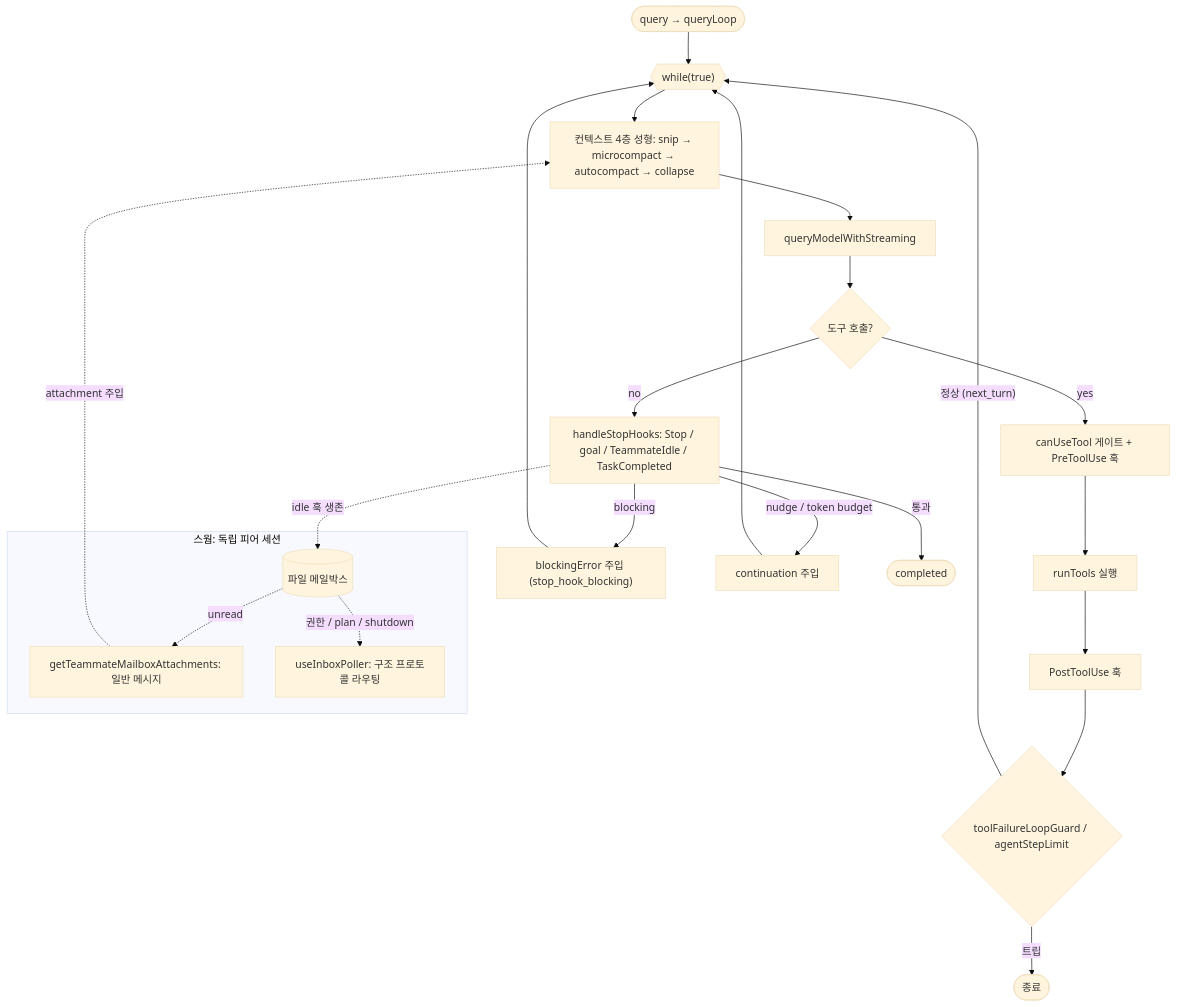
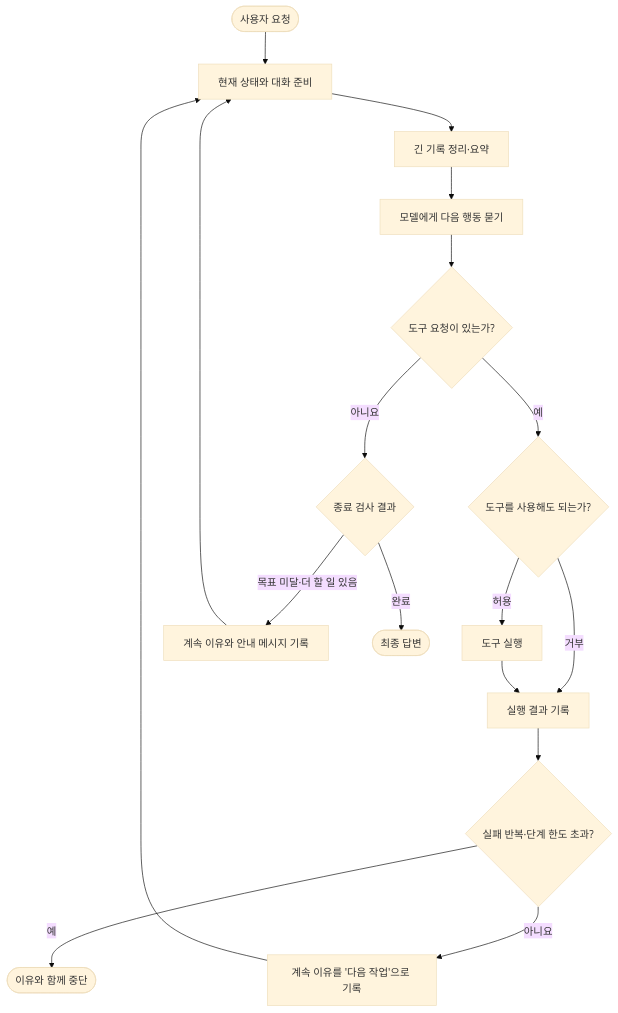
One commit to hikaMaeng/agentreport changed the first of 3 diagrams in turnloop/openclaude.md. Above: the diagram before and after it, drawn with Mermaid (base theme). The commit also changed other lines of this file and 6 other files, not shown here.

````diff
--- a/turnloop/openclaude.md
+++ b/turnloop/openclaude.md
@@ -157,26 +21,17 @@
 ```mermaid
 flowchart TD
-    Start(["query → queryLoop"]) --> Loop{{"while(true)"}}
-    Loop --> Shape["컨텍스트 4층 성형: snip → microcompact → autocompact → collapse"]
-    Shape --> Sample["queryModelWithStreaming"]
-    Sample --> HasTool{"도구 호출?"}
-    HasTool -->|"yes"| Perm["canUseTool 게이트 + PreToolUse 훅"]
-    Perm --> Exec["runTools 실행"]
-    Exec --> PostT["PostToolUse 훅"]
-    PostT --> Guard{"toolFailureLoopGuard / agentStepLimit"}
-    Guard -->|"트립"| Term1(["종료"])
-    Guard -->|"정상 (next_turn)"| Loop
-    HasTool -->|"no"| SHook["handleStopHooks: Stop / goal / TeammateIdle / TaskCompleted"]
-    SHook -->|"blocking"| InjB["blockingError 주입 (stop_hook_blocking)"] --> Loop
-    SHook -->|"nudge / token budget"| InjN["continuation 주입"] --> Loop
-    SHook -->|"통과"| Term2(["completed"])
-
-    subgraph Swarm["스웜: 독립 피어 세션"]
-      MB[("파일 메일박스")]
-      Att["getTeammateMailboxAttachments: 일반 메시지"]
-      Poll["useInboxPoller: 구조 프로토콜 라우팅"]
-    end
-    MB -. "unread" .-> Att -. "attachment 주입" .-> Shape
-    MB -. "권한 / plan / shutdown" .-> Poll
-    SHook -. "idle 훅 생존" .-> MB
+    Start(["사용자 요청"]) --> Loop["현재 상태와 대화 준비"]
+    Loop --> Shape["긴 기록 정리·요약"]
+    Shape --> Model["모델에게 다음 행동 묻기"]
+    Model --> Tool{"도구 요청이 있는가?"}
+    Tool -->|"예"| Gate{"도구를 사용해도 되는가?"}
+    Gate -->|"허용"| Run["도구 실행"]
+    Gate -->|"거부"| Record["거부 결과 기록"]
+    Run --> Record["실행 결과 기록"]
+    Record --> Guard{"실패 반복·단계 한도 초과?"}
+    Guard -->|"예"| Failed(["이유와 함께 중단"])
+    Guard -->|"아니요"| Reason["계속 이유를 '다음 작업'으로 기록"] --> Loop
+    Tool -->|"아니요"| Finish{"종료 검사 결과"}
+    Finish -->|"목표 미달·더 할 일 있음"| Continue["계속 이유와 안내 메시지 기록"] --> Loop
+    Finish -->|"완료"| Done(["최종 답변"])
 ```
````
